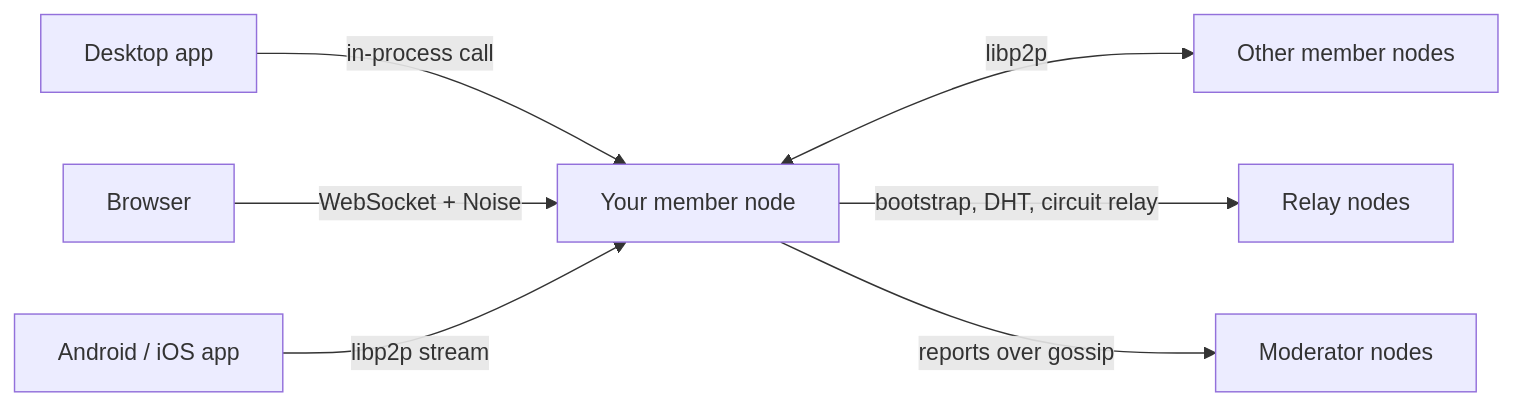
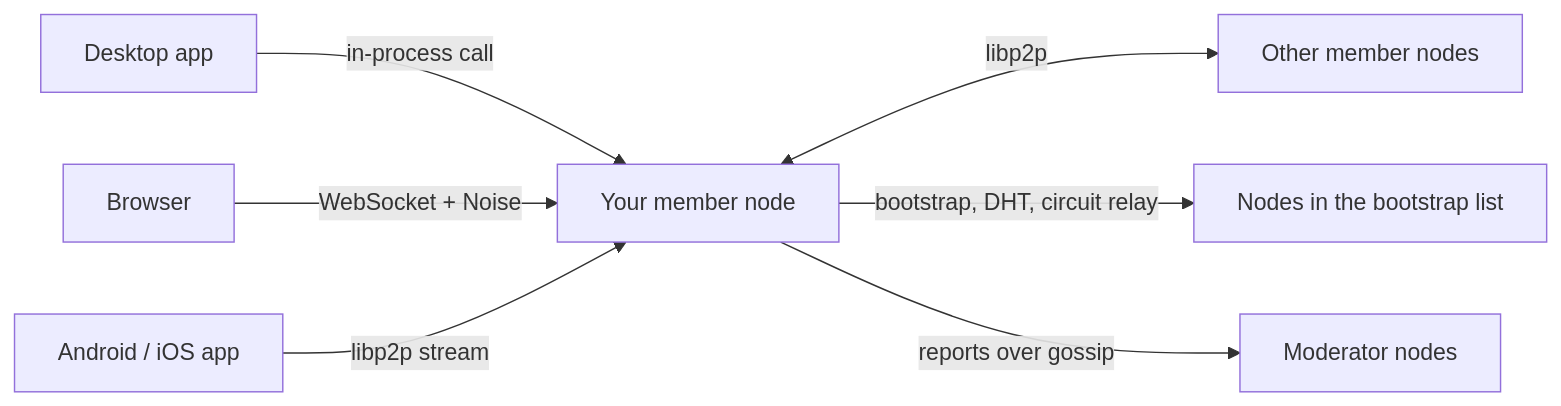
Before and after one commit to Warp-net/docs: the first of 2 diagrams in architecture.md, drawn with Mermaid. The commit also changed other lines of this file and 49 other files, not shown here.

````diff
--- a/architecture.md
+++ b/architecture.md
@@ -59,9 +75,9 @@
 ```mermaid
 flowchart LR
   D[Desktop app] -->|in-process call| M[Your member node]
   B[Browser] -->|WebSocket + Noise| M
   P[Android / iOS app] -->|libp2p stream| M
   M <-->|libp2p| O[Other member nodes]
-  M -->|bootstrap, DHT, circuit relay| R[Relay nodes]
+  M -->|bootstrap, DHT, circuit relay| R[Nodes in the bootstrap list]
   M -->|reports over gossip| X[Moderator nodes]
 ```
````
